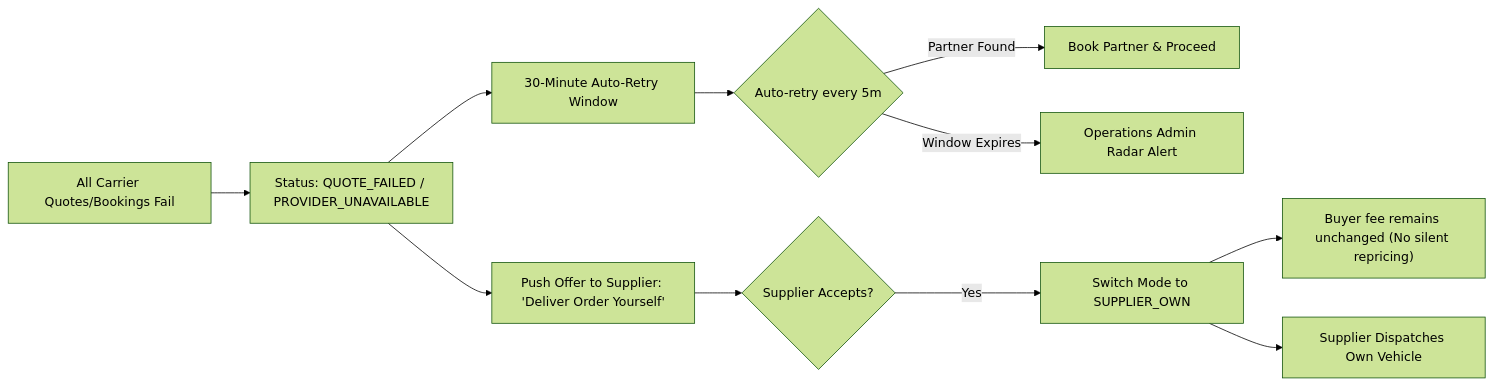
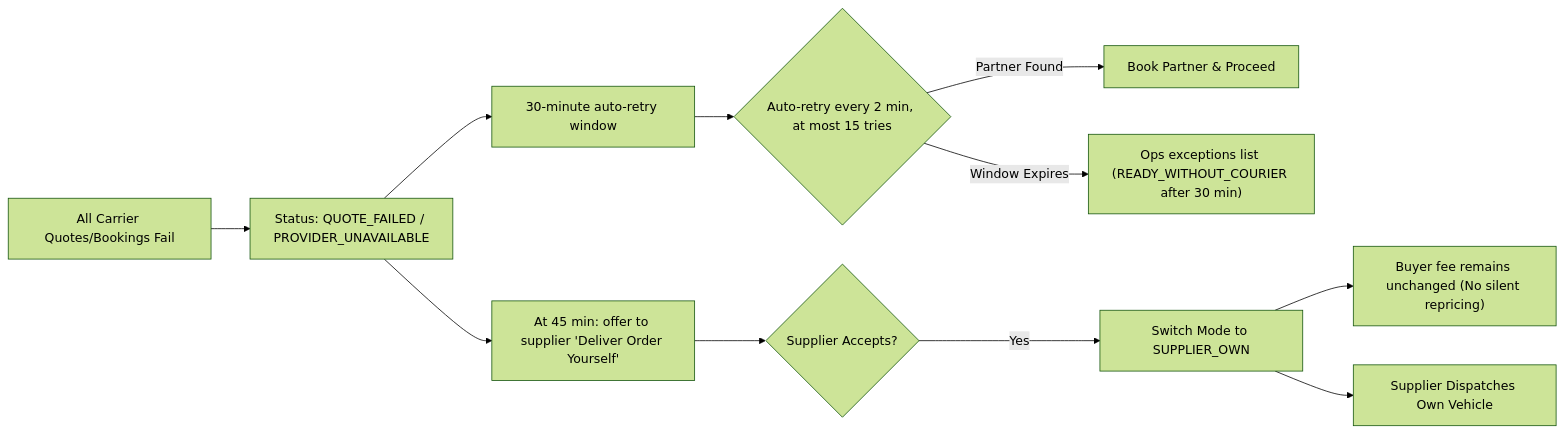
The fourth of 4 diagrams in docs/delivery/delivery_module_guide.md (narasimha-reddy/costonomy-mp-api), drawn with Mermaid (forest theme) before and after one commit. The commit also changed other lines of this file and 19 other files, not shown here.

First line of the commit message:
docs(delivery): current state, diagrams, decisions D-204 to D-207, changelog and traceability

````diff
--- a/docs/delivery/delivery_module_guide.md
+++ b/docs/delivery/delivery_module_guide.md
@@ -195,17 +163,17 @@
 ```mermaid
 flowchart LR
     AllFail["All Carrier Quotes/Bookings Fail"] --> StatusNoPartner["Status: QUOTE_FAILED / PROVIDER_UNAVAILABLE"]
-    StatusNoPartner --> Timer30["30-Minute Auto-Retry Window"]
+    StatusNoPartner --> Timer30["30-minute auto-retry window"]
     
-    Timer30 --> LoopRetry{"Auto-retry every 5m"}
+    Timer30 --> LoopRetry{"Auto-retry every 2 min, at most 15 tries"}
     LoopRetry -->|Partner Found| SuccessBook["Book Partner & Proceed"]
     
-    StatusNoPartner --> OfferSupplier["Push Offer to Supplier: 'Deliver Order Yourself'"]
+    StatusNoPartner --> OfferSupplier["At 45 min: offer to supplier 'Deliver Order Yourself'"]
     OfferSupplier --> SupplierAccepts{"Supplier Accepts?"}
     
     SupplierAccepts -->|Yes| SwitchMode["Switch Mode to SUPPLIER_OWN"]
     SwitchMode --> RetainFee["Buyer fee remains unchanged (No silent repricing)"]
     SwitchMode --> SupplierFleet["Supplier Dispatches Own Vehicle"]
     
-    LoopRetry -->|Window Expires| Escalation["Operations Admin Radar Alert"]
+    LoopRetry -->|Window Expires| Escalation["Ops exceptions list (READY_WITHOUT_COURIER after 30 min)"]
 ```
````
